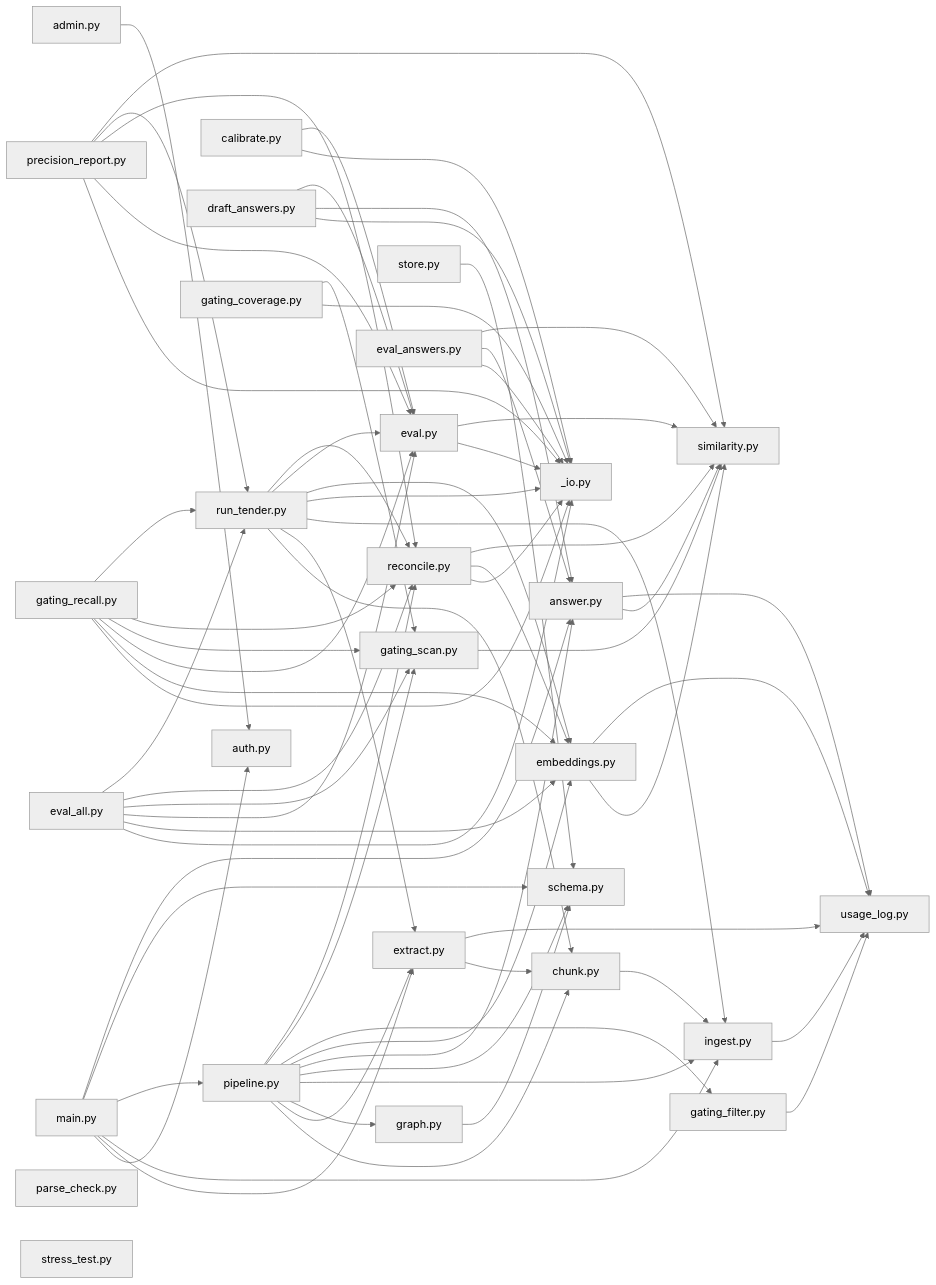
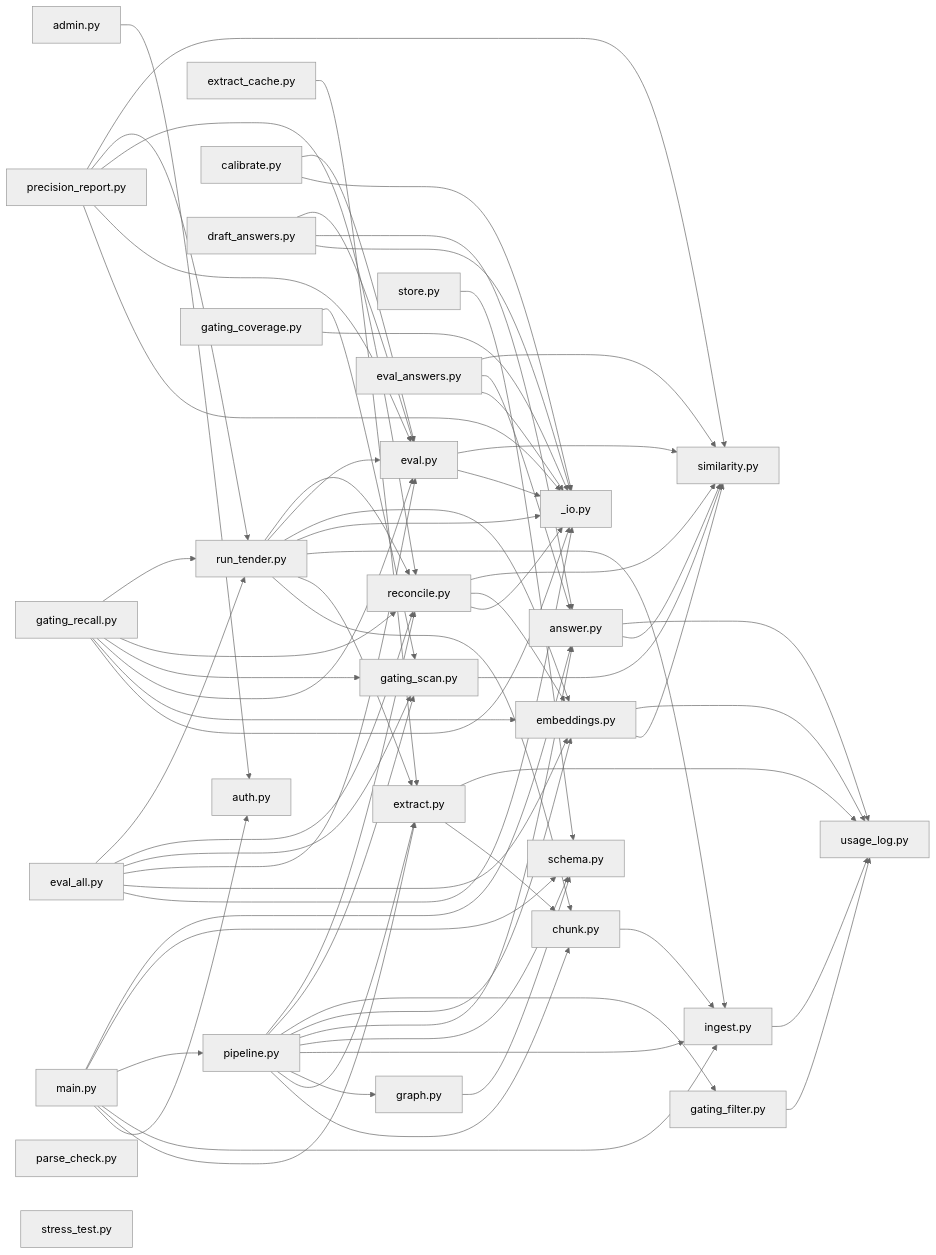
The third of 3 diagrams in CODEMAP.md (Welddevelopment/Bidframe), drawn with Mermaid (neutral theme) before and after one commit. The commit also changed other lines of this file and 1 other file, not shown here.

Commit message:
chore(codemap): refresh map [skip ci]

````diff
--- a/CODEMAP.md
+++ b/CODEMAP.md
@@ -282,73 +282,74 @@
 ```mermaid
 graph LR
   n0[admin.py] --> n1[auth.py]
   n2[chunk.py] --> n3[ingest.py]
   n4[extract.py] --> n2[chunk.py]
   n4[extract.py] --> n5[usage_log.py]
-  n6[graph.py] --> n7[schema.py]
+  n6[extract_cache.py] --> n4[extract.py]
+  n7[graph.py] --> n8[schema.py]
   n3[ingest.py] --> n5[usage_log.py]
-  n8[main.py] --> n1[auth.py]
-  n8[main.py] --> n4[extract.py]
-  n8[main.py] --> n3[ingest.py]
-  n8[main.py] --> n9[pipeline.py]
-  n8[main.py] --> n7[schema.py]
-  n8[main.py] --> n10[answer.py]
-  n9[pipeline.py] --> n2[chunk.py]
-  n9[pipeline.py] --> n4[extract.py]
-  n9[pipeline.py] --> n6[graph.py]
-  n9[pipeline.py] --> n3[ingest.py]
-  n9[pipeline.py] --> n7[schema.py]
-  n9[pipeline.py] --> n10[answer.py]
-  n9[pipeline.py] --> n11[embeddings.py]
-  n9[pipeline.py] --> n12[gating_filter.py]
-  n9[pipeline.py] --> n13[gating_scan.py]
-  n9[pipeline.py] --> n14[reconcile.py]
-  n15[store.py] --> n7[schema.py]
-  n10[answer.py] --> n16[similarity.py]
-  n10[answer.py] --> n5[usage_log.py]
-  n11[embeddings.py] --> n16[similarity.py]
-  n11[embeddings.py] --> n5[usage_log.py]
-  n17[eval.py] --> n18[_io.py]
-  n17[eval.py] --> n16[similarity.py]
-  n19[eval_answers.py] --> n18[_io.py]
-  n19[eval_answers.py] --> n10[answer.py]
-  n19[eval_answers.py] --> n16[similarity.py]
-  n12[gating_filter.py] --> n5[usage_log.py]
-  n13[gating_scan.py] --> n16[similarity.py]
-  n14[reconcile.py] --> n18[_io.py]
-  n14[reconcile.py] --> n11[embeddings.py]
-  n14[reconcile.py] --> n16[similarity.py]
-  n20[calibrate.py] --> n18[_io.py]
-  n20[calibrate.py] --> n17[eval.py]
-  n21[draft_answers.py] --> n18[_io.py]
-  n21[draft_answers.py] --> n10[answer.py]
-  n21[draft_answers.py] --> n17[eval.py]
-  n22[eval_all.py] --> n18[_io.py]
-  n22[eval_all.py] --> n11[embeddings.py]
-  n22[eval_all.py] --> n17[eval.py]
-  n22[eval_all.py] --> n13[gating_scan.py]
-  n22[eval_all.py] --> n14[reconcile.py]
-  n22[eval_all.py] --> n23[run_tender.py]
-  n24[gating_coverage.py] --> n18[_io.py]
-  n24[gating_coverage.py] --> n13[gating_scan.py]
-  n25[gating_recall.py] --> n18[_io.py]
-  n25[gating_recall.py] --> n11[embeddings.py]
-  n25[gating_recall.py] --> n17[eval.py]
-  n25[gating_recall.py] --> n13[gating_scan.py]
-  n25[gating_recall.py] --> n14[reconcile.py]
-  n25[gating_recall.py] --> n23[run_tender.py]
-  n26[precision_report.py] --> n18[_io.py]
-  n26[precision_report.py] --> n17[eval.py]
-  n26[precision_report.py] --> n14[reconcile.py]
-  n26[precision_report.py] --> n23[run_tender.py]
-  n26[precision_report.py] --> n16[similarity.py]
-  n23[run_tender.py] --> n2[chunk.py]
-  n23[run_tender.py] --> n4[extract.py]
-  n23[run_tender.py] --> n3[ingest.py]
-  n23[run_tender.py] --> n18[_io.py]
-  n23[run_tender.py] --> n11[embeddings.py]
-  n23[run_tender.py] --> n17[eval.py]
-  n23[run_tender.py] --> n14[reconcile.py]
-  n27[parse_check.py]
-  n28[stress_test.py]
+  n9[main.py] --> n1[auth.py]
+  n9[main.py] --> n4[extract.py]
+  n9[main.py] --> n3[ingest.py]
+  n9[main.py] --> n10[pipeline.py]
+  n9[main.py] --> n8[schema.py]
+  n9[main.py] --> n11[answer.py]
+  n10[pipeline.py] --> n2[chunk.py]
+  n10[pipeline.py] --> n4[extract.py]
+  n10[pipeline.py] --> n7[graph.py]
+  n10[pipeline.py] --> n3[ingest.py]
+  n10[pipeline.py] --> n8[schema.py]
+  n10[pipeline.py] --> n11[answer.py]
+  n10[pipeline.py] --> n12[embeddings.py]
+  n10[pipeline.py] --> n13[gating_filter.py]
+  n10[pipeline.py] --> n14[gating_scan.py]
+  n10[pipeline.py] --> n15[reconcile.py]
+  n16[store.py] --> n8[schema.py]
+  n11[answer.py] --> n17[similarity.py]
+  n11[answer.py] --> n5[usage_log.py]
+  n12[embeddings.py] --> n17[similarity.py]
+  n12[embeddings.py] --> n5[usage_log.py]
+  n18[eval.py] --> n19[_io.py]
+  n18[eval.py] --> n17[similarity.py]
+  n20[eval_answers.py] --> n19[_io.py]
+  n20[eval_answers.py] --> n11[answer.py]
+  n20[eval_answers.py] --> n17[similarity.py]
+  n13[gating_filter.py] --> n5[usage_log.py]
+  n14[gating_scan.py] --> n17[similarity.py]
+  n15[reconcile.py] --> n19[_io.py]
+  n15[reconcile.py] --> n12[embeddings.py]
+  n15[reconcile.py] --> n17[similarity.py]
+  n21[calibrate.py] --> n19[_io.py]
+  n21[calibrate.py] --> n18[eval.py]
+  n22[draft_answers.py] --> n19[_io.py]
+  n22[draft_answers.py] --> n11[answer.py]
+  n22[draft_answers.py] --> n18[eval.py]
+  n23[eval_all.py] --> n19[_io.py]
+  n23[eval_all.py] --> n12[embeddings.py]
+  n23[eval_all.py] --> n18[eval.py]
+  n23[eval_all.py] --> n14[gating_scan.py]
+  n23[eval_all.py] --> n15[reconcile.py]
+  n23[eval_all.py] --> n24[run_tender.py]
+  n25[gating_coverage.py] --> n19[_io.py]
+  n25[gating_coverage.py] --> n14[gating_scan.py]
+  n26[gating_recall.py] --> n19[_io.py]
+  n26[gating_recall.py] --> n12[embeddings.py]
+  n26[gating_recall.py] --> n18[eval.py]
+  n26[gating_recall.py] --> n14[gating_scan.py]
+  n26[gating_recall.py] --> n15[reconcile.py]
+  n26[gating_recall.py] --> n24[run_tender.py]
+  n27[precision_report.py] --> n19[_io.py]
+  n27[precision_report.py] --> n18[eval.py]
+  n27[precision_report.py] --> n15[reconcile.py]
+  n27[precision_report.py] --> n24[run_tender.py]
+  n27[precision_report.py] --> n17[similarity.py]
+  n24[run_tender.py] --> n2[chunk.py]
+  n24[run_tender.py] --> n4[extract.py]
+  n24[run_tender.py] --> n3[ingest.py]
+  n24[run_tender.py] --> n19[_io.py]
+  n24[run_tender.py] --> n12[embeddings.py]
+  n24[run_tender.py] --> n18[eval.py]
+  n24[run_tender.py] --> n15[reconcile.py]
+  n28[parse_check.py]
+  n29[stress_test.py]
 ```
````
